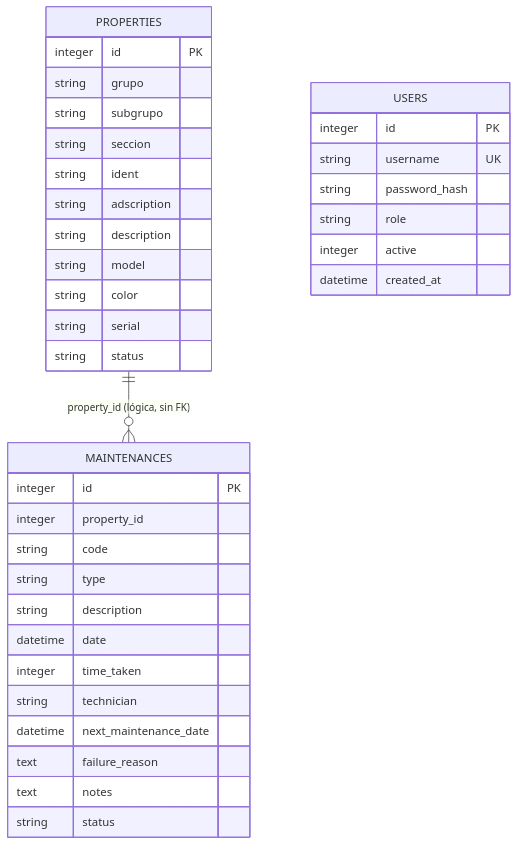
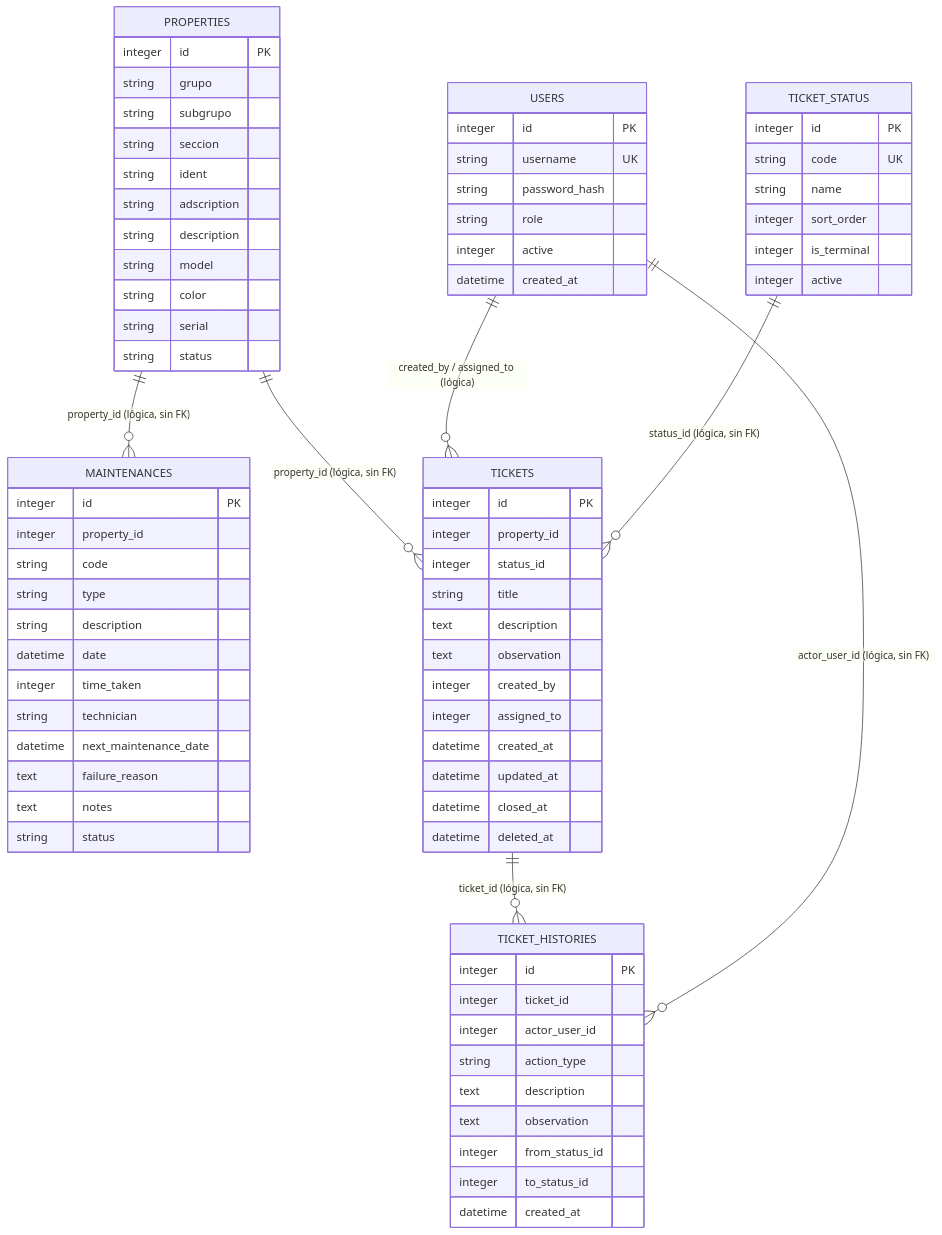
The first of 2 diagrams in docs/DATABASE.md (noemdb/systec), drawn with Mermaid before and after one commit. The commit also changed other lines of this file and 46 other files, not shown here.

````diff
--- a/docs/DATABASE.md
+++ b/docs/DATABASE.md
@@ -32,6 +32,11 @@
 ```mermaid
 erDiagram
     PROPERTIES ||--o{ MAINTENANCES : "property_id (lógica, sin FK)"
+    PROPERTIES ||--o{ TICKETS : "property_id (lógica, sin FK)"
+    USERS ||--o{ TICKETS : "created_by / assigned_to (lógica)"
+    TICKET_STATUS ||--o{ TICKETS : "status_id (lógica, sin FK)"
+    TICKETS ||--o{ TICKET_HISTORIES : "ticket_id (lógica, sin FK)"
+    USERS ||--o{ TICKET_HISTORIES : "actor_user_id (lógica, sin FK)"
 
     PROPERTIES {
         integer id PK
@@ -70,4 +75,40 @@
         integer active
         datetime created_at
     }
+
+    TICKET_STATUS {
+        integer id PK
+        string code UK
+        string name
+        integer sort_order
+        integer is_terminal
+        integer active
+    }
+
+    TICKETS {
+        integer id PK
+        integer property_id
+        integer status_id
+        string title
+        text description
+        text observation
+        integer created_by
+        integer assigned_to
+        datetime created_at
+        datetime updated_at
+        datetime closed_at
+        datetime deleted_at
+    }
+
+    TICKET_HISTORIES {
+        integer id PK
+        integer ticket_id
+        integer actor_user_id
+        string action_type
+        text description
+        text observation
+        integer from_status_id
+        integer to_status_id
+        datetime created_at
+    }
 ```
````
